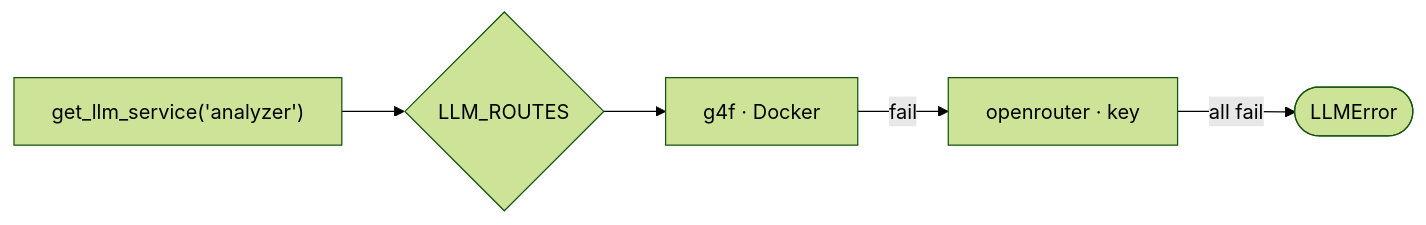
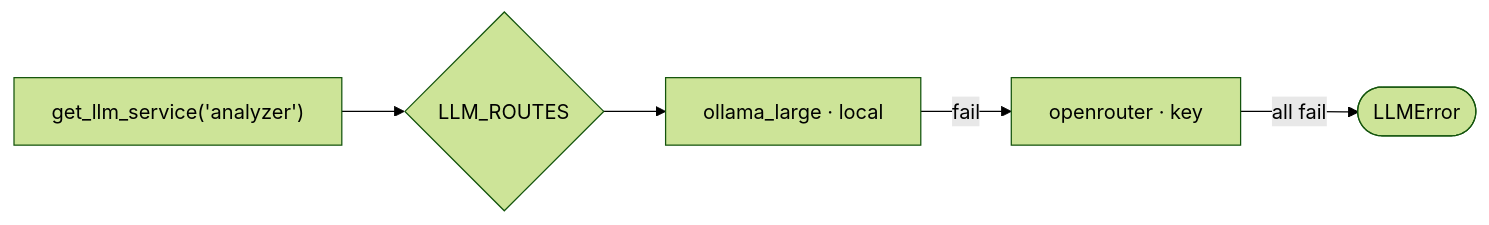
One commit to jameelhamdan/event-horizon changed the third of 3 diagrams in docs/architecture.md. Above: the diagram before and after it, drawn with Mermaid (forest theme). The commit also changed other lines of this file and 28 other files, not shown here.

````diff
--- a/docs/architecture.md
+++ b/docs/architecture.md
@@ -155,7 +180,7 @@
 ```mermaid
 flowchart LR
     CALL["get_llm_service('analyzer')"] --> ROUTE{LLM_ROUTES}
-    ROUTE --> G4F[g4f · Docker]
-    G4F -->|fail| OR[openrouter · key]
+    ROUTE --> OL[ollama_large · local]
+    OL -->|fail| OR[openrouter · key]
     OR -->|all fail| ERR([LLMError])
 ```
````
